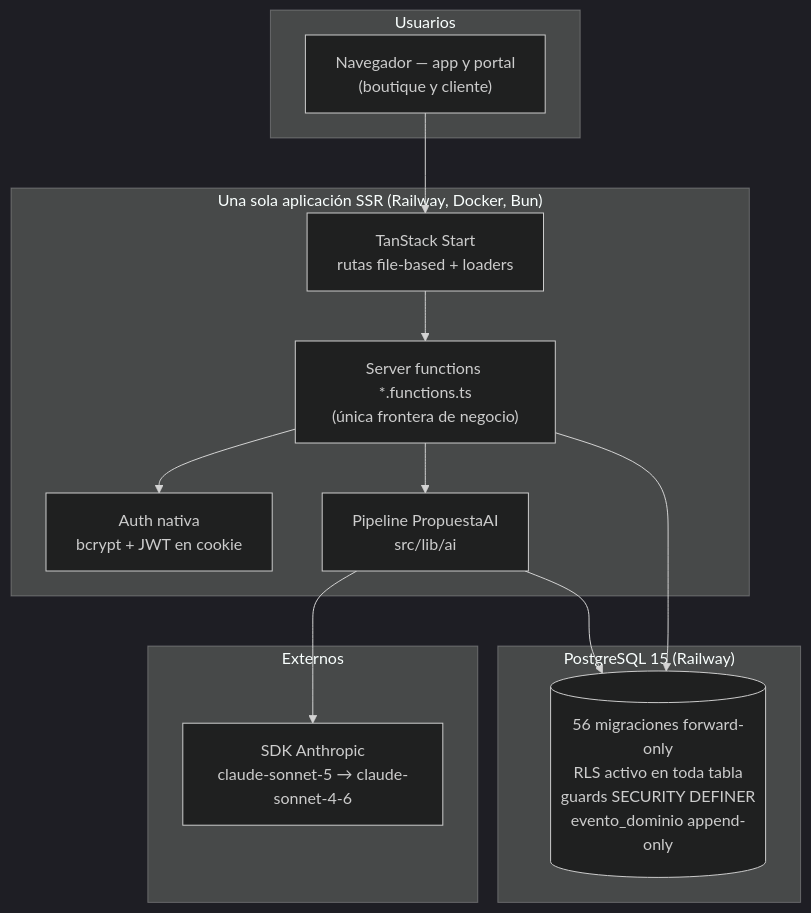
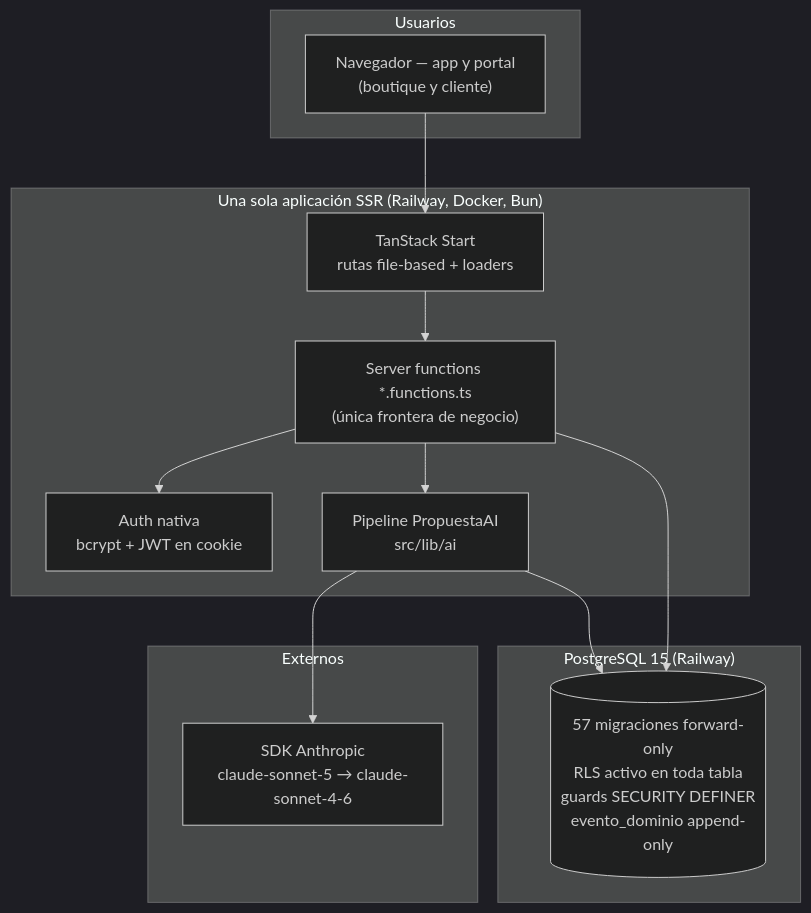
The second of 4 diagrams in docs/DESIGNIO-COMPLETE.md (jtrujillo-ws/designio-app), drawn with Mermaid (dark theme) before and after one commit. The commit also changed other lines of this file, not shown here.

````diff
--- a/docs/DESIGNIO-COMPLETE.md
+++ b/docs/DESIGNIO-COMPLETE.md
@@ -215,22 +217,22 @@
 ```mermaid
 flowchart TD
   subgraph Usuarios
     B["Navegador — app y portal<br/>(boutique y cliente)"]
   end
   subgraph App["Una sola aplicación SSR (Railway, Docker, Bun)"]
     R["TanStack Start<br/>rutas file-based + loaders"]
     SF["Server functions *.functions.ts<br/>(única frontera de negocio)"]
     AUTH["Auth nativa<br/>bcrypt + JWT en cookie"]
     AI["Pipeline PropuestaAI<br/>src/lib/ai"]
   end
   subgraph Datos["PostgreSQL 15 (Railway)"]
-    PG[("56 migraciones forward-only<br/>RLS activo en toda tabla<br/>guards SECURITY DEFINER<br/>evento_dominio append-only")]
+    PG[("57 migraciones forward-only<br/>RLS activo en toda tabla<br/>guards SECURITY DEFINER<br/>evento_dominio append-only")]
   end
   subgraph Ext["Externos"]
     LLM["SDK Anthropic<br/>claude-sonnet-5 → claude-sonnet-4-6"]
   end
   B --> R --> SF --> PG
   SF --> AUTH
   SF --> AI --> LLM
   AI --> PG
 ```
````
